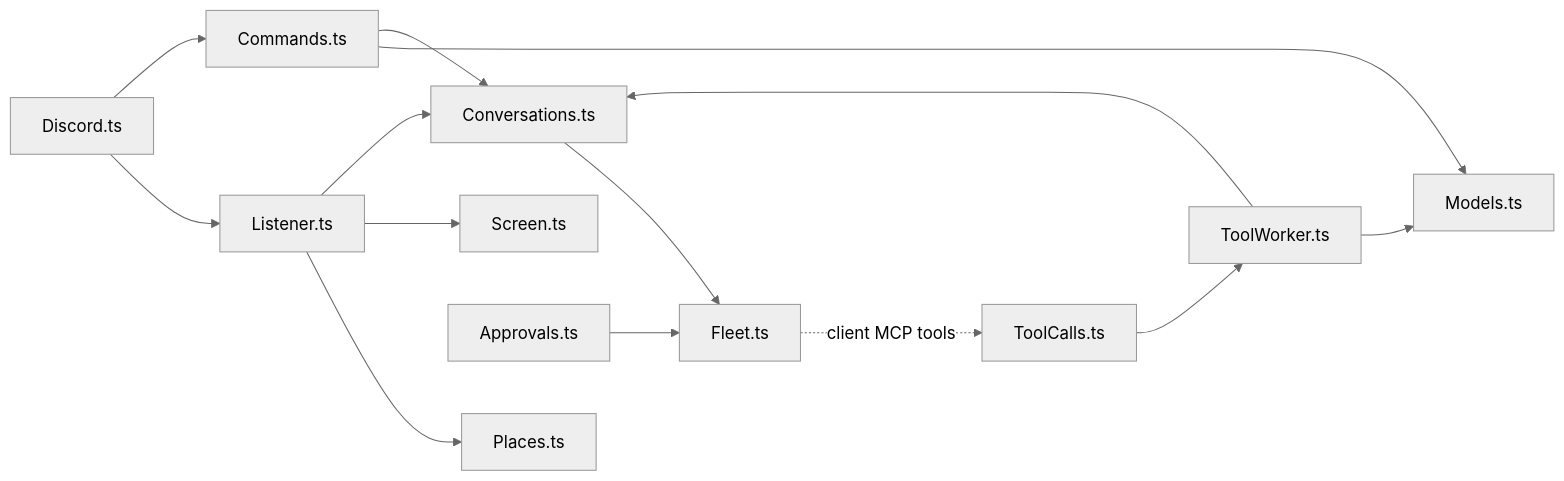
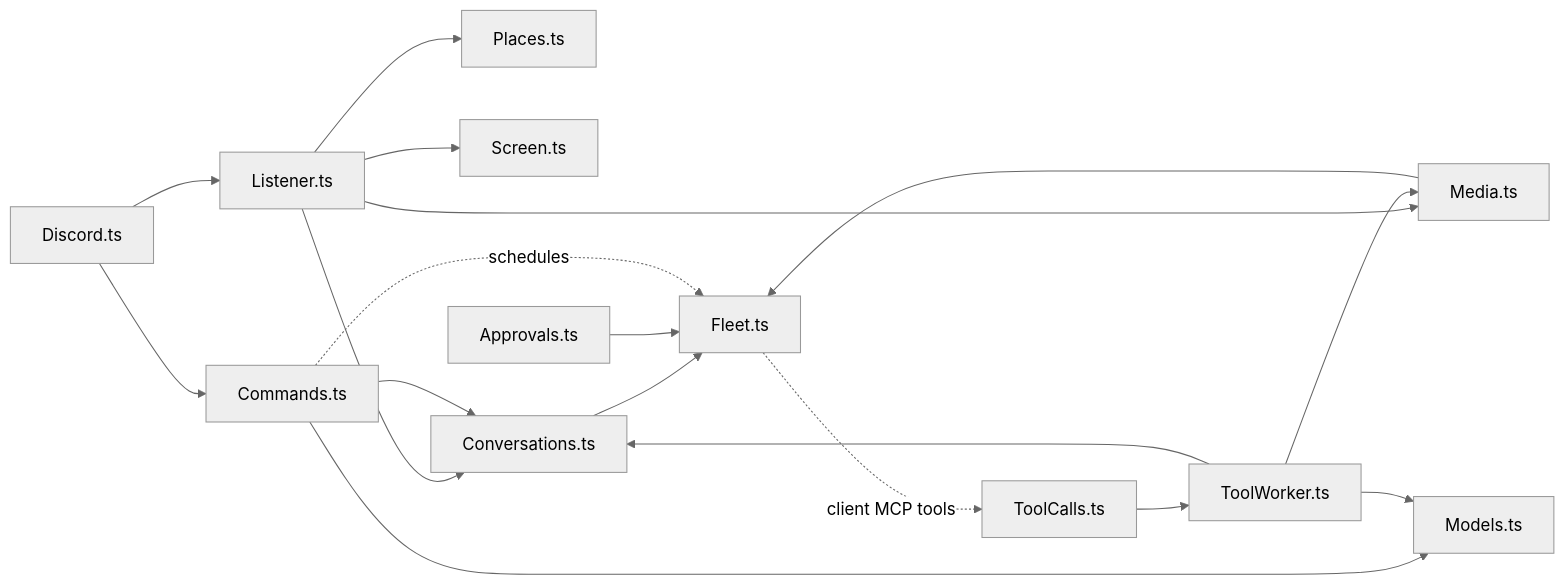
Before and after one commit to heditwo/wendell: the diagram in AGENTS.md, drawn with Mermaid (neutral theme). The commit also changed other lines of this file and 1 other file, not shown here.

Commit message:
docs: media, reminders, tools and slash commands

````diff
--- a/AGENTS.md
+++ b/AGENTS.md
@@ -34,16 +34,20 @@
 ```mermaid
 flowchart LR
   D[Discord.ts] --> L[Listener.ts]
   L --> P[Places.ts]
   L --> S[Screen.ts]
   L --> C[Conversations.ts]
   C --> F[Fleet.ts]
   F -. client MCP tools .-> T[ToolCalls.ts]
   T --> W[ToolWorker.ts]
   W --> C
   A[Approvals.ts] --> F
   D --> K[Commands.ts]
   K --> M[Models.ts]
   K --> C
   W --> M
+  L --> MD[Media.ts]
+  W --> MD
+  MD --> F
+  K -. schedules .-> F
 ```
````
